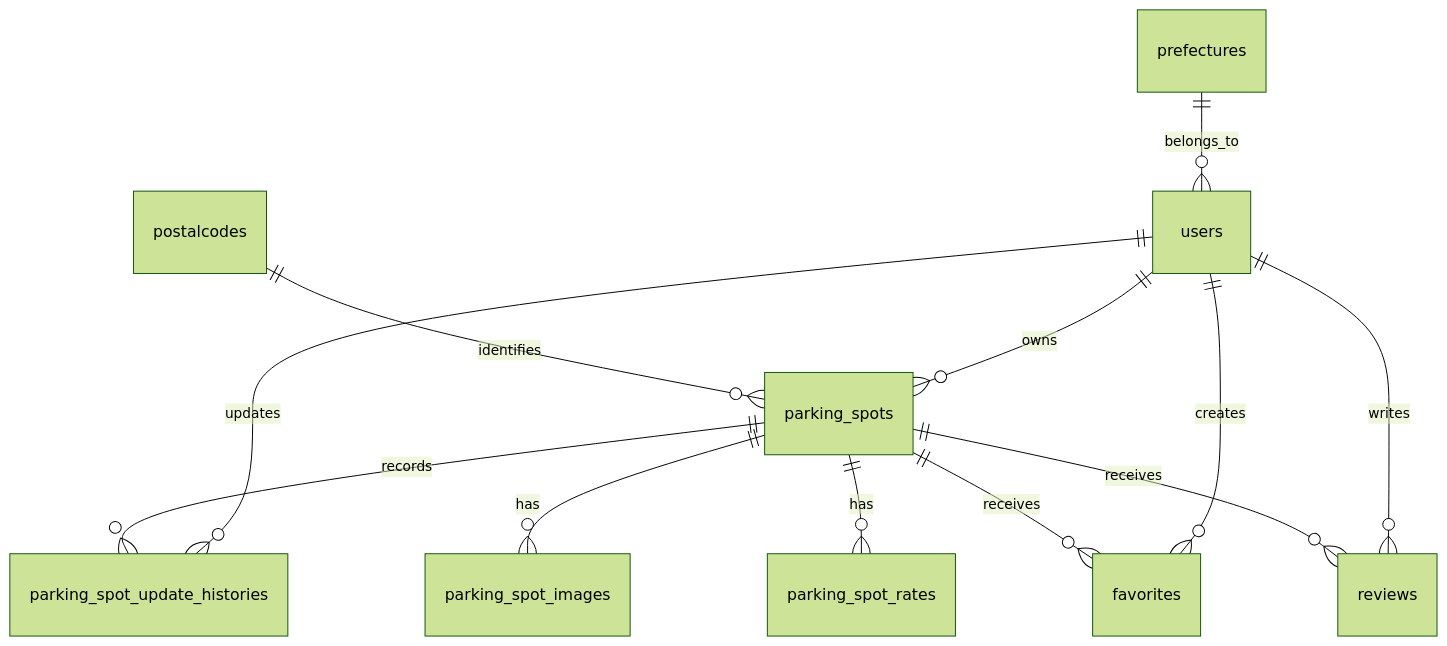
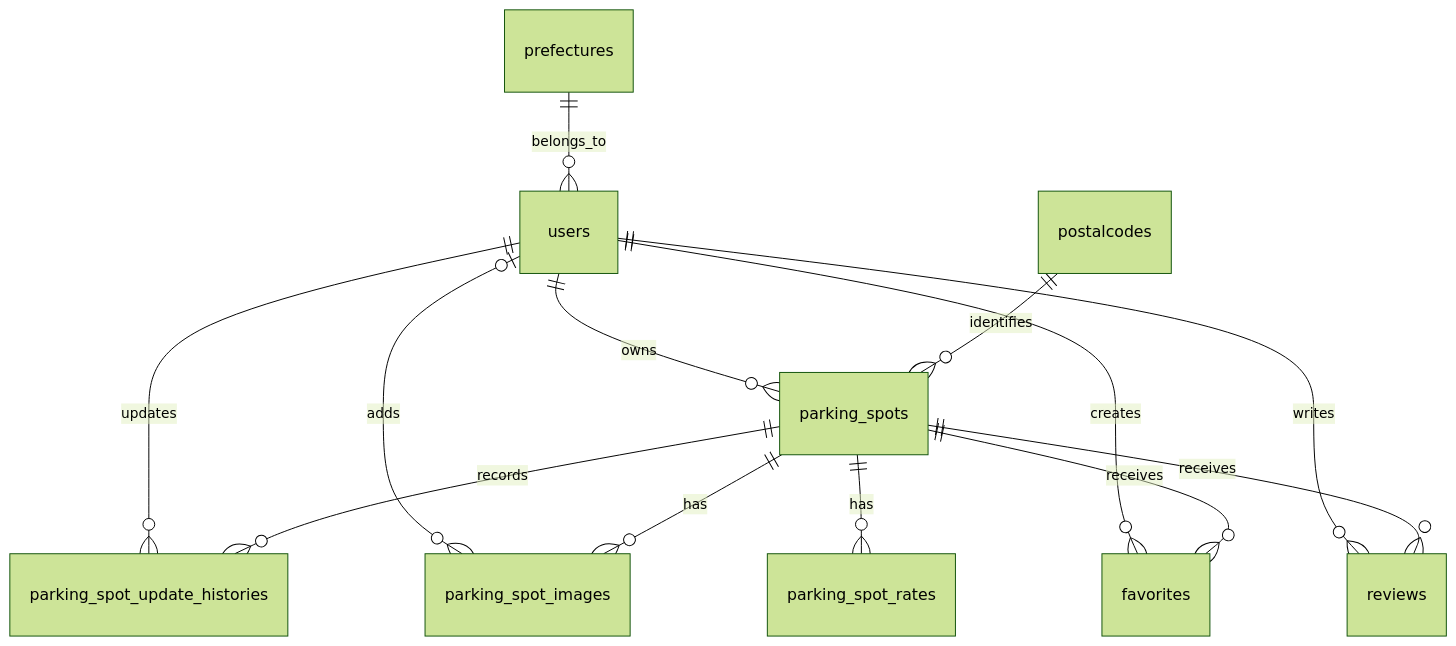
Before and after one commit to ariki41/BikeParking: the second of 2 diagrams in doc/design.md, drawn with Mermaid (forest theme). The commit also changed other lines of this file and 14 other files, not shown here.

````diff
--- a/doc/design.md
+++ b/doc/design.md
@@ -116,14 +116,15 @@
 ```mermaid
 erDiagram
     users ||--o{ parking_spots : owns
     users ||--o{ parking_spot_update_histories : updates
     parking_spots ||--o{ parking_spot_update_histories : records
+    users o|--o{ parking_spot_images : adds
     parking_spots ||--o{ parking_spot_images : has
     parking_spots ||--o{ parking_spot_rates : has
     users ||--o{ favorites : creates
     parking_spots ||--o{ favorites : receives
     users ||--o{ reviews : writes
     parking_spots ||--o{ reviews : receives
     prefectures ||--o{ users : belongs_to
     postalcodes ||--o{ parking_spots : identifies
 ```
````
